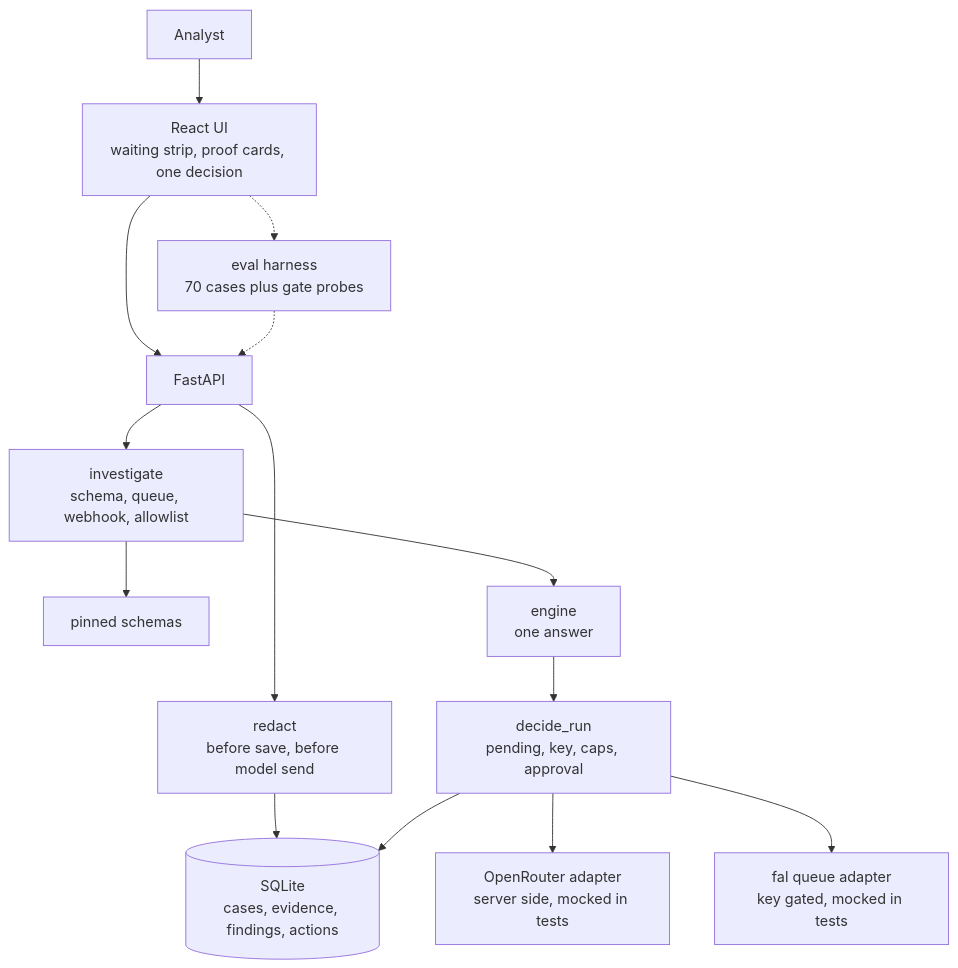
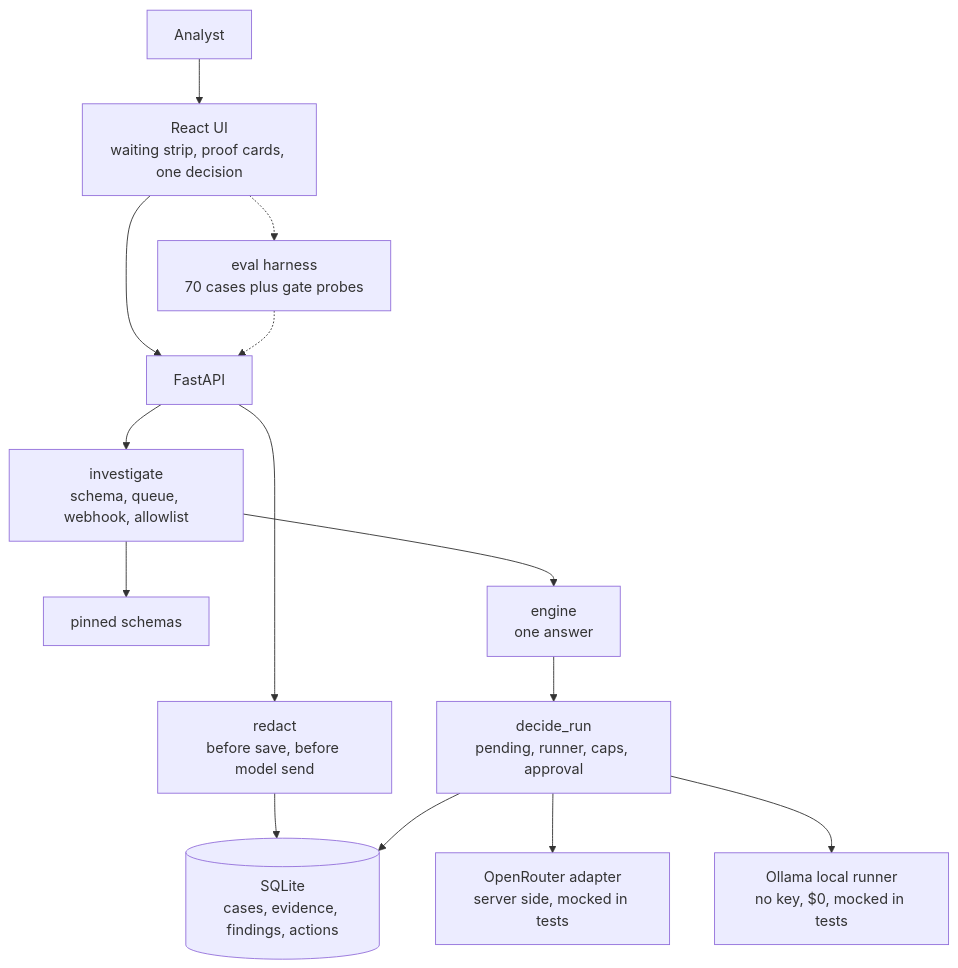
Before and after one commit to sivaratrisrinivas/fal-request-rescue: the diagram in README.md, drawn with Mermaid. The commit also changed other lines of this file and 11 other files, not shown here.

Commit message:
feat: local Ollama runner replaces fal queue adapter, ADR-0003

````diff
--- a/README.md
+++ b/README.md
@@ -87,16 +92,16 @@
 ```mermaid
 flowchart TD
     A[Analyst] --> UI[React UI<br/>waiting strip, proof cards, one decision]
     UI --> API[FastAPI]
     API --> R[redact<br/>before save, before model send]
     R --> DB[(SQLite<br/>cases, evidence, findings, actions)]
     API --> I[investigate<br/>schema, queue, webhook, allowlist]
     I --> SCH[pinned schemas]
     I --> E[engine<br/>one answer]
-    E --> P[decide_run<br/>pending, key, caps, approval]
+    E --> P[decide_run<br/>pending, runner, caps, approval]
     P --> O[OpenRouter adapter<br/>server side, mocked in tests]
-    P --> F[fal queue adapter<br/>key gated, mocked in tests]
+    P --> F[Ollama local runner<br/>no key, $0, mocked in tests]
     P --> DB
     UI -.-> EV[eval harness<br/>70 cases plus gate probes]
     EV -.-> API
 ```
````
